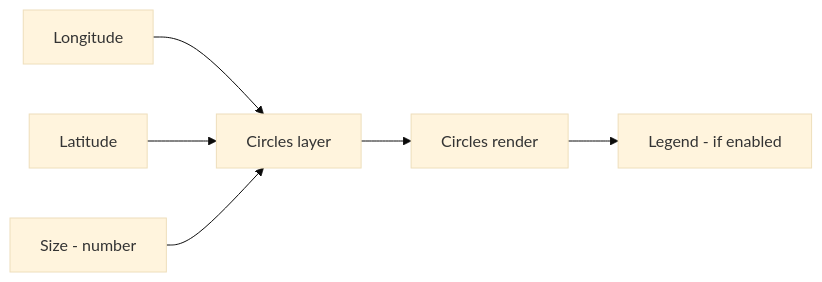
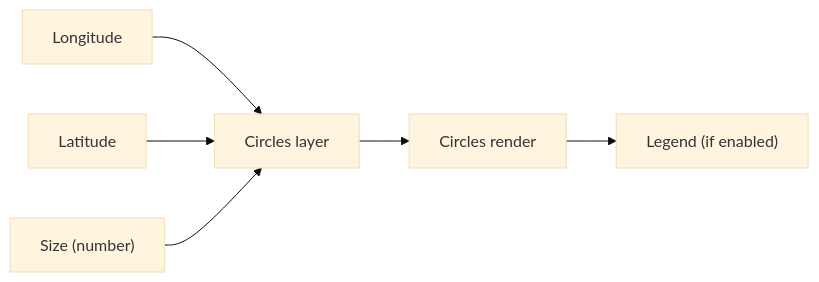
One commit to maplumi/maplumi-pbi changed the first of 2 diagrams in spec/scaled-circles/quick-reference.md. Above: the diagram before and after it, drawn with Mermaid (base theme). The commit also changed other lines of this file and 4 other files, not shown here.

Commit message:
fix mermaid diagrams

````diff
--- a/spec/scaled-circles/quick-reference.md
+++ b/spec/scaled-circles/quick-reference.md
@@ -7,8 +7,8 @@
 ```mermaid
 flowchart LR
 	X["Longitude"] --> L["Circles layer"]
 	Y["Latitude"] --> L
-	S["Size - number"] --> L
+	S["Size (number)"] --> L
 	L --> R["Circles render"]
-	R --> G["Legend - if enabled"]
+	R --> G["Legend (if enabled)"]
 ```
````
